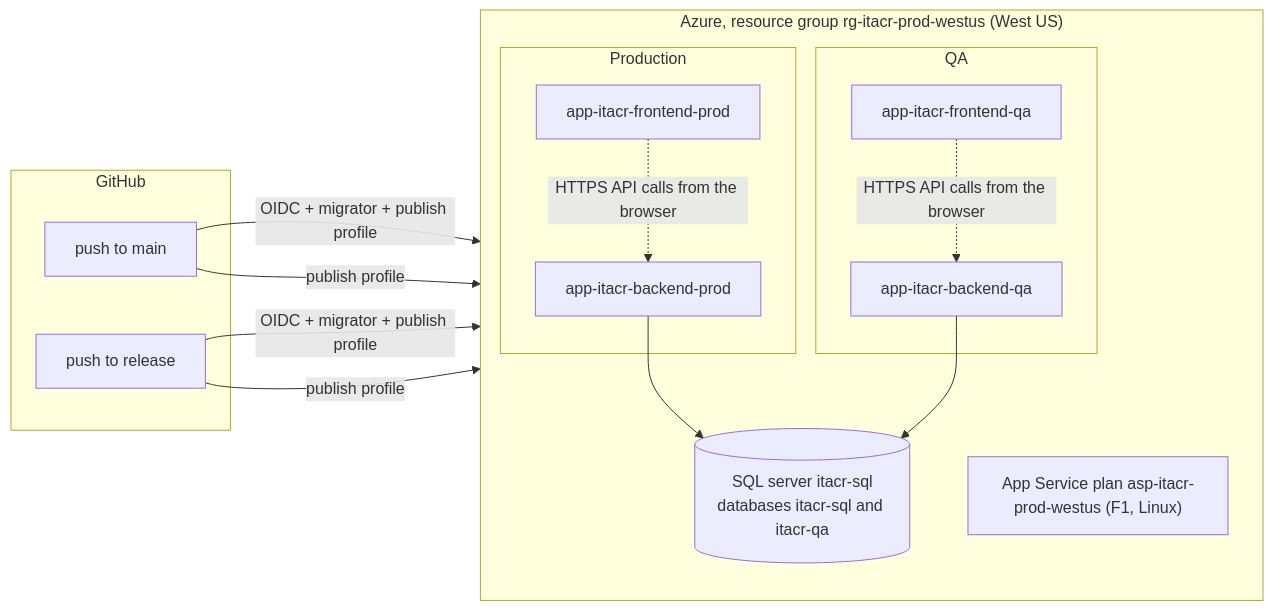
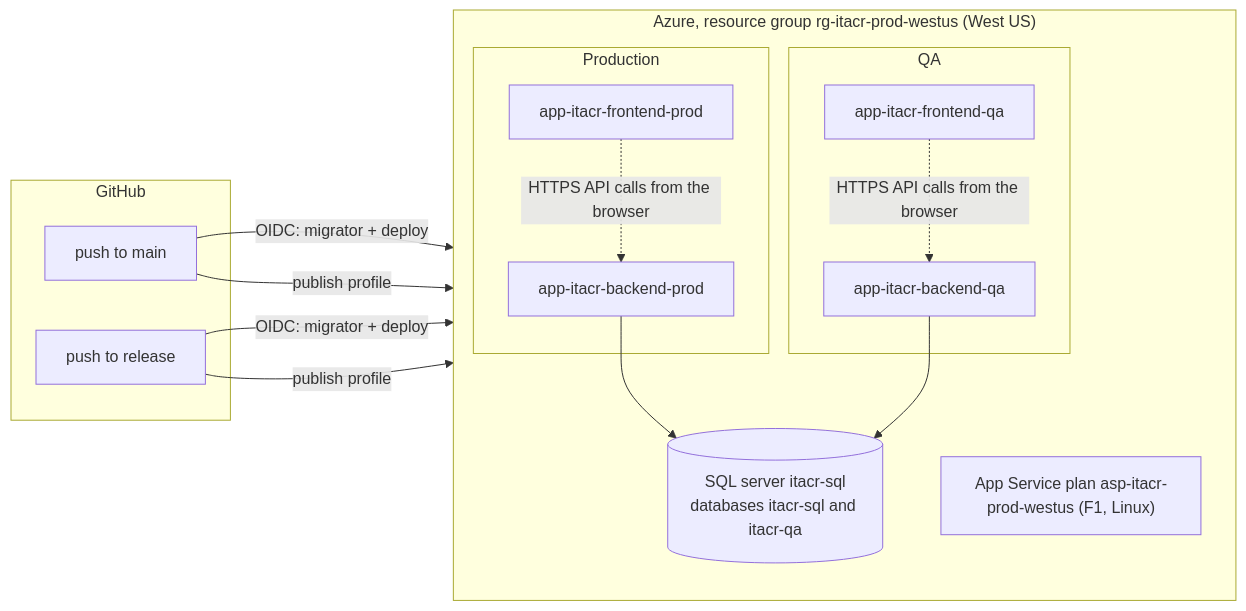
Before and after one commit to JulianH2/itacr-backend: the diagram in docs/deployment/azure.md, drawn with Mermaid. The commit also changed other lines of this file and 2 other files, not shown here.

Commit message:
chore(repo): deploy the api with oidc instead of a publish profile (ITACR-45)

````diff
--- a/docs/deployment/azure.md
+++ b/docs/deployment/azure.md
@@ -26,28 +26,28 @@
 ```mermaid
 flowchart LR
     subgraph GitHub
         Main["push to main"]
         Release["push to release"]
     end
     subgraph Azure["Azure, resource group rg-itacr-prod-westus (West US)"]
         direction TB
         Plan["App Service plan asp-itacr-prod-westus (F1, Linux)"]
         subgraph Prod["Production"]
             BP["app-itacr-backend-prod"]
             FP["app-itacr-frontend-prod"]
         end
         subgraph Qa["QA"]
             BQ["app-itacr-backend-qa"]
             FQ["app-itacr-frontend-qa"]
         end
         SQL[("SQL server itacr-sql<br/>databases itacr-sql and itacr-qa")]
     end
-    Main -->|"OIDC + migrator + publish profile"| BP
+    Main -->|"OIDC: migrator + deploy"| BP
     Main -->|"publish profile"| FP
-    Release -->|"OIDC + migrator + publish profile"| BQ
+    Release -->|"OIDC: migrator + deploy"| BQ
     Release -->|"publish profile"| FQ
     BP --> SQL
     BQ --> SQL
     FP -.->|"HTTPS API calls from the browser"| BP
     FQ -.->|"HTTPS API calls from the browser"| BQ
 ```
````
